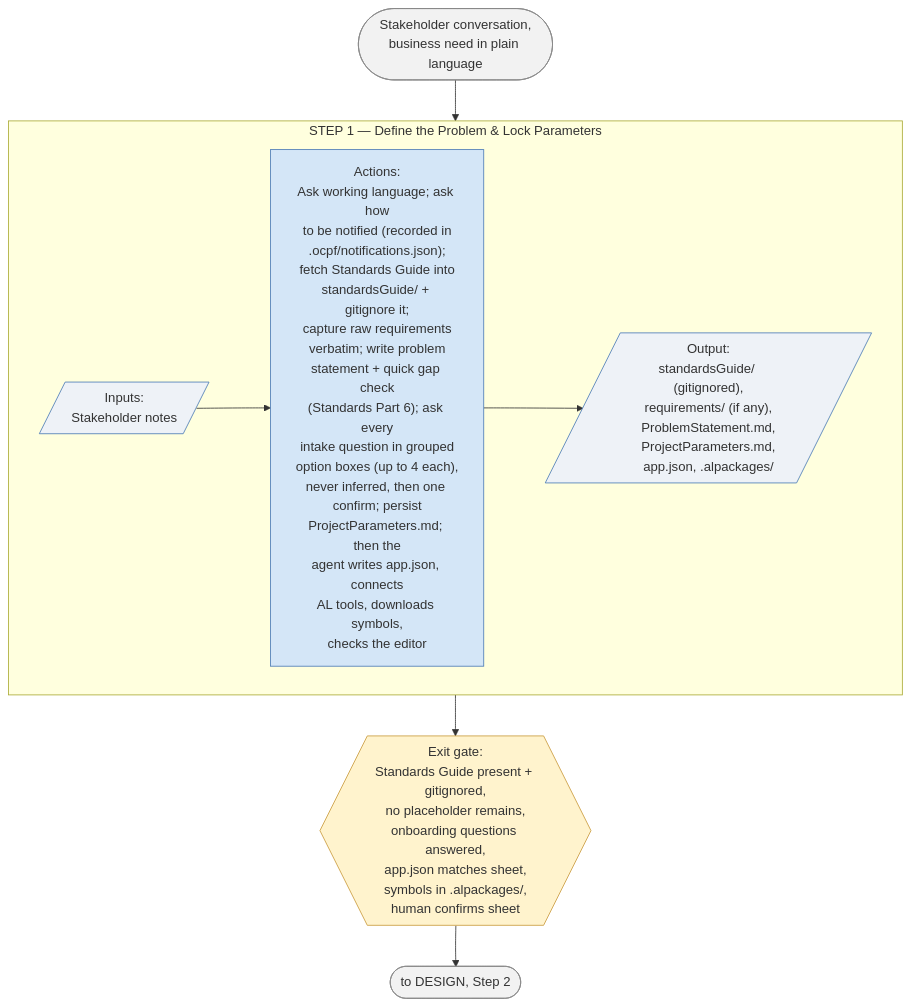
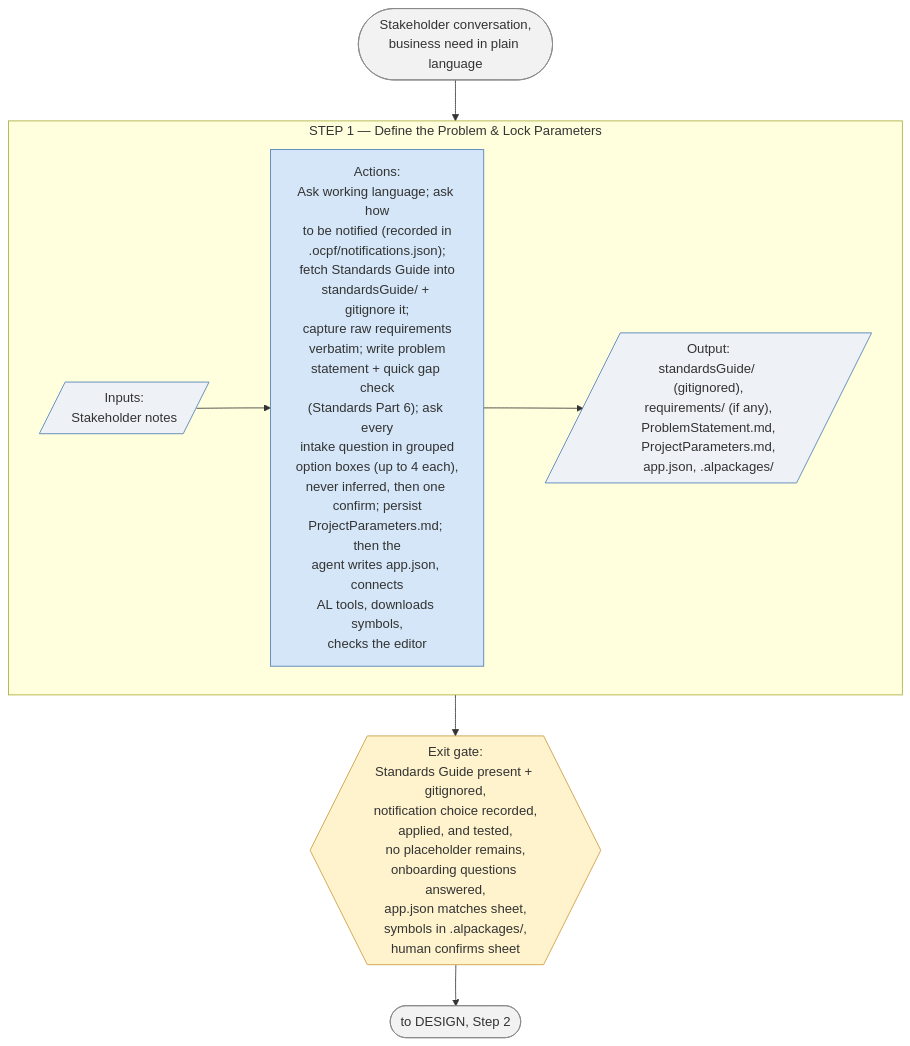
One commit to ajansari/ocpfBcAgenticDevFramework changed the third of 7 diagrams in liteVersion/LITE_RunbookSchematics.md. Above: the diagram before and after it, drawn with Mermaid. The commit also changed other lines of this file and 17 other files, not shown here.

````diff
--- a/liteVersion/LITE_RunbookSchematics.md
+++ b/liteVersion/LITE_RunbookSchematics.md
@@ -116,21 +116,21 @@
 ```mermaid
 flowchart TD
     Start(["Stakeholder conversation,<br/>business need in plain language"]) --> S1
 
     subgraph S1["STEP 1 — Define the Problem & Lock Parameters"]
         direction LR
         In1[/"Inputs:<br/>Stakeholder notes"/] --> Act1["Actions:<br/>Ask working language; ask how<br/>to be notified (recorded in<br/>.ocpf/notifications.json);<br/>fetch Standards Guide into<br/>standardsGuide/ + gitignore it;<br/>capture raw requirements<br/>verbatim; write problem<br/>statement + quick gap check<br/>(Standards Part 6); ask every<br/>intake question in grouped<br/>option boxes (up to 4 each),<br/>never inferred, then one confirm; persist<br/>ProjectParameters.md; then the<br/>agent writes app.json, connects<br/>AL tools, downloads symbols,<br/>checks the editor"] --> Out1[/"Output:<br/>standardsGuide/ (gitignored),<br/>requirements/ (if any),<br/>ProblemStatement.md,<br/>ProjectParameters.md,<br/>app.json, .alpackages/"/]
     end
-    S1 --> Gate1{{"Exit gate:<br/>Standards Guide present + gitignored,<br/>no placeholder remains,<br/>onboarding questions answered,<br/>app.json matches sheet,<br/>symbols in .alpackages/,<br/>human confirms sheet"}}
+    S1 --> Gate1{{"Exit gate:<br/>Standards Guide present + gitignored,<br/>notification choice recorded,<br/>applied, and tested,<br/>no placeholder remains,<br/>onboarding questions answered,<br/>app.json matches sheet,<br/>symbols in .alpackages/,<br/>human confirms sheet"}}
 
     Gate1 --> Next(["to DESIGN, Step 2"])
 
     classDef io fill:#eef2f7,stroke:#4a7ab5,stroke-width:1px;
     classDef act fill:#d4e6f7,stroke:#4a7ab5,stroke-width:1px;
     classDef gate fill:#fff3cd,stroke:#c99a3a,stroke-width:1px;
     classDef endpoint fill:#f2f2f2,stroke:#888,stroke-width:1px;
     class In1,Out1 io;
     class Act1 act;
     class Gate1 gate;
     class Start,Next endpoint;
 ```
````
